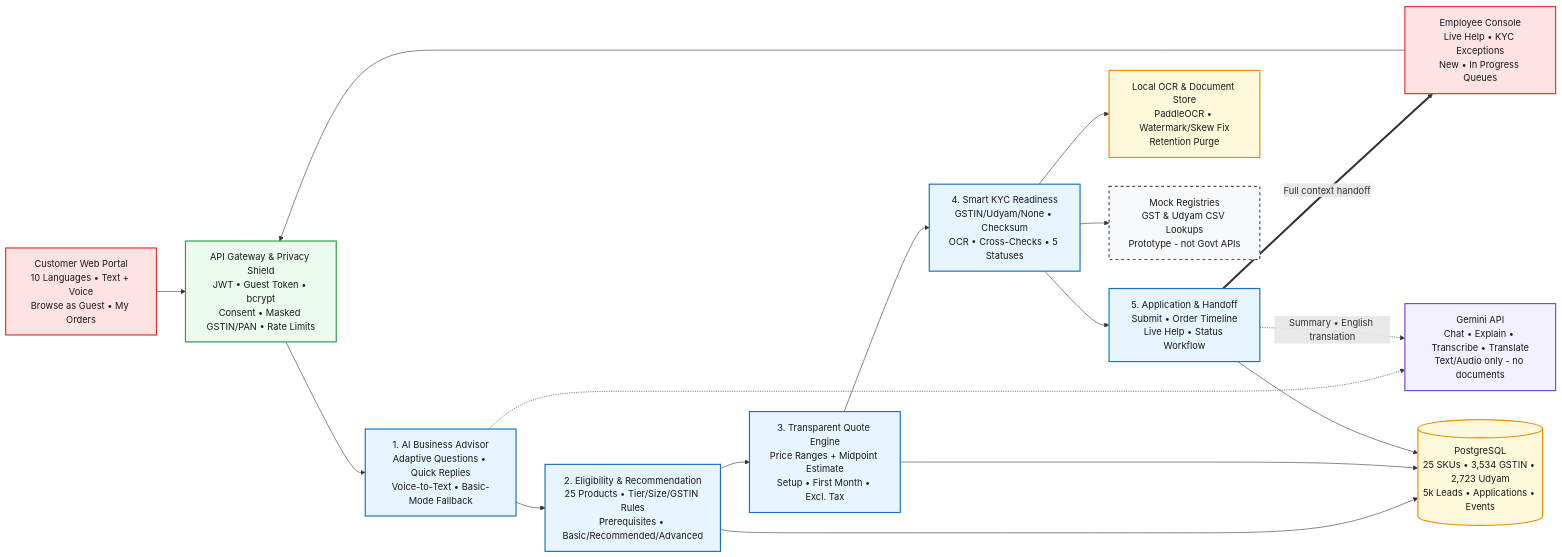
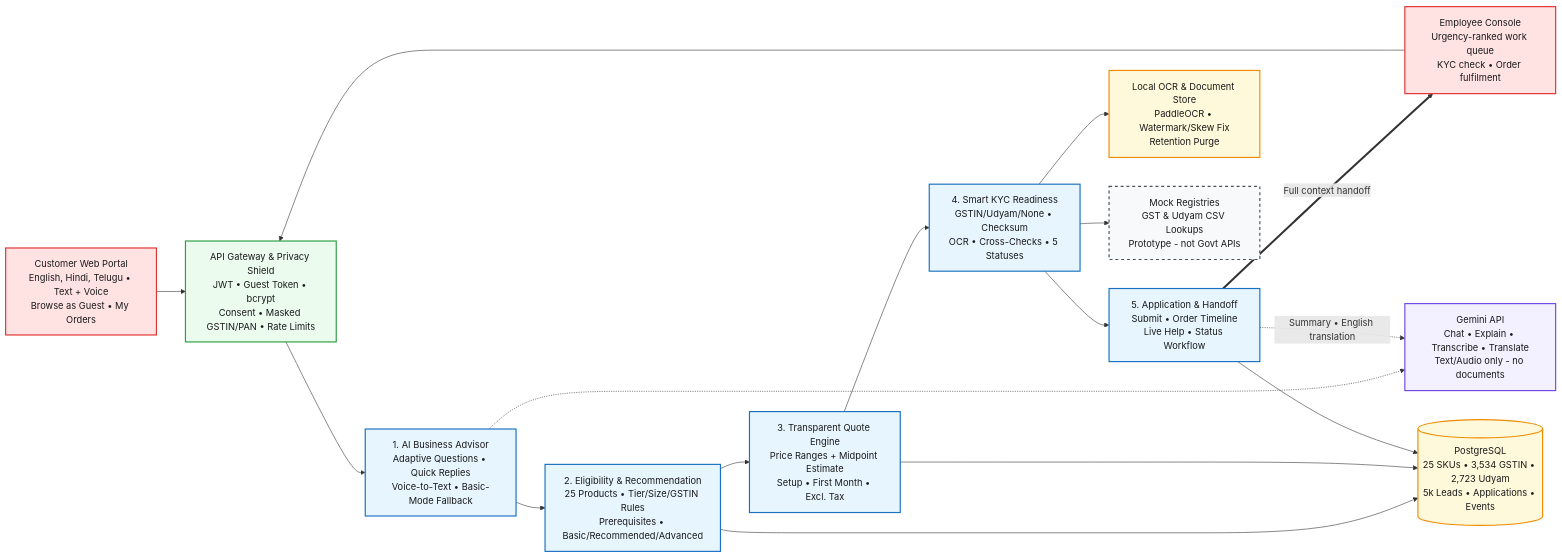
The diagram in docs/architecture/HLD-presentation.md (Manohar709/Airtel_sync_2026_digital), drawn with Mermaid before and after one commit. The commit also changed 52 other files, not shown here.

````diff
--- a/docs/architecture/HLD-presentation.md
+++ b/docs/architecture/HLD-presentation.md
@@ -3,55 +3,55 @@
 ```mermaid
 flowchart LR
     %% 1. CHANNELS
-    C1["Customer Web Portal<br/>10 Languages • Text + Voice<br/>Browse as Guest • My Orders"]
-    C2["Employee Console<br/>Live Help • KYC Exceptions<br/>New • In Progress Queues"]
+    C1["Customer Web Portal<br/>English, Hindi, Telugu • Text + Voice<br/>Browse as Guest • My Orders"]
+    C2["Employee Console<br/>Urgency-ranked work queue<br/>KYC check • Order fulfilment"]
 
     %% 2. SECURITY
     SEC["API Gateway & Privacy Shield<br/>JWT • Guest Token • bcrypt<br/>Consent • Masked GSTIN/PAN • Rate Limits"]
 
     %% 3. CORE ENGINE
     S1["1. AI Business Advisor<br/>Adaptive Questions • Quick Replies<br/>Voice-to-Text • Basic-Mode Fallback"]
     S2["2. Eligibility & Recommendation<br/>25 Products • Tier/Size/GSTIN Rules<br/>Prerequisites • Basic/Recommended/Advanced"]
     S3["3. Transparent Quote Engine<br/>Price Ranges + Midpoint Estimate<br/>Setup • First Month • Excl. Tax"]
     S4["4. Smart KYC Readiness<br/>GSTIN/Udyam/None • Checksum<br/>OCR • Cross-Checks • 5 Statuses"]
     S5["5. Application & Handoff<br/>Submit • Order Timeline<br/>Live Help • Status Workflow"]
 
     %% 4. AI, DATA & MOCK INTEGRATIONS
     AI["Gemini API<br/>Chat • Explain • Transcribe • Translate<br/>Text/Audio only - no documents"]
     D1[("PostgreSQL<br/>25 SKUs • 3,534 GSTIN • 2,723 Udyam<br/>5k Leads • Applications • Events")]
     D2["Local OCR & Document Store<br/>PaddleOCR • Watermark/Skew Fix<br/>Retention Purge"]
     D3["Mock Registries<br/>GST & Udyam CSV Lookups<br/>Prototype - not Govt APIs"]
 
     %% LEFT-TO-RIGHT FLOW
     C1 --> SEC
     C2 --> SEC
     SEC --> S1
     S1 --> S2
     S2 --> S3
     S3 --> S4
     S4 --> S5
     S5 ==>|"Full context handoff"| C2
 
     %% DATA & SERVICE CONNECTIONS
     S1 -.-> AI
     S5 -.->|"Summary • English translation"| AI
     S2 --> D1
     S3 --> D1
     S4 --> D2
     S4 --> D3
     S5 --> D1
 
     %% PASTEL COLOURS
     style C1 fill:#ffe3e3,stroke:#e03131,stroke-width:2px,color:#1a1a1a
     style C2 fill:#ffe3e3,stroke:#e03131,stroke-width:2px,color:#1a1a1a
     style SEC fill:#ebfbee,stroke:#2f9e44,stroke-width:2px,color:#1a1a1a
     style S1 fill:#e7f5ff,stroke:#1971c2,stroke-width:2px,color:#1a1a1a
     style S2 fill:#e7f5ff,stroke:#1971c2,stroke-width:2px,color:#1a1a1a
     style S3 fill:#e7f5ff,stroke:#1971c2,stroke-width:2px,color:#1a1a1a
     style S4 fill:#e7f5ff,stroke:#1971c2,stroke-width:2px,color:#1a1a1a
     style S5 fill:#e7f5ff,stroke:#1971c2,stroke-width:2px,color:#1a1a1a
     style AI fill:#f3f0ff,stroke:#7048e8,stroke-width:2px,color:#1a1a1a
     style D1 fill:#fff9db,stroke:#f08c00,stroke-width:2px,color:#1a1a1a
     style D2 fill:#fff9db,stroke:#f08c00,stroke-width:2px,color:#1a1a1a
     style D3 fill:#f8f9fa,stroke:#495057,stroke-width:2px,stroke-dasharray: 5 5,color:#1a1a1a
 ```
````
